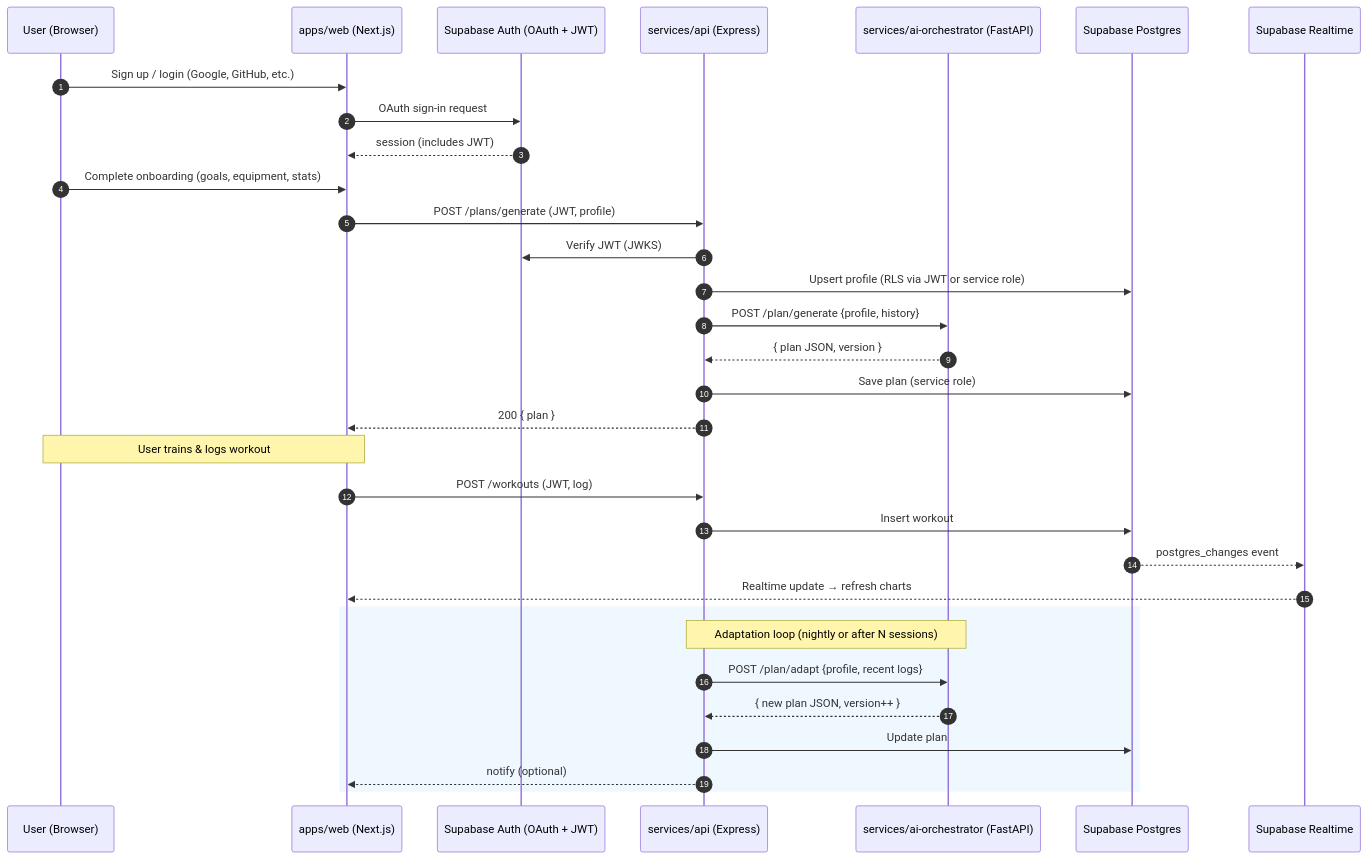
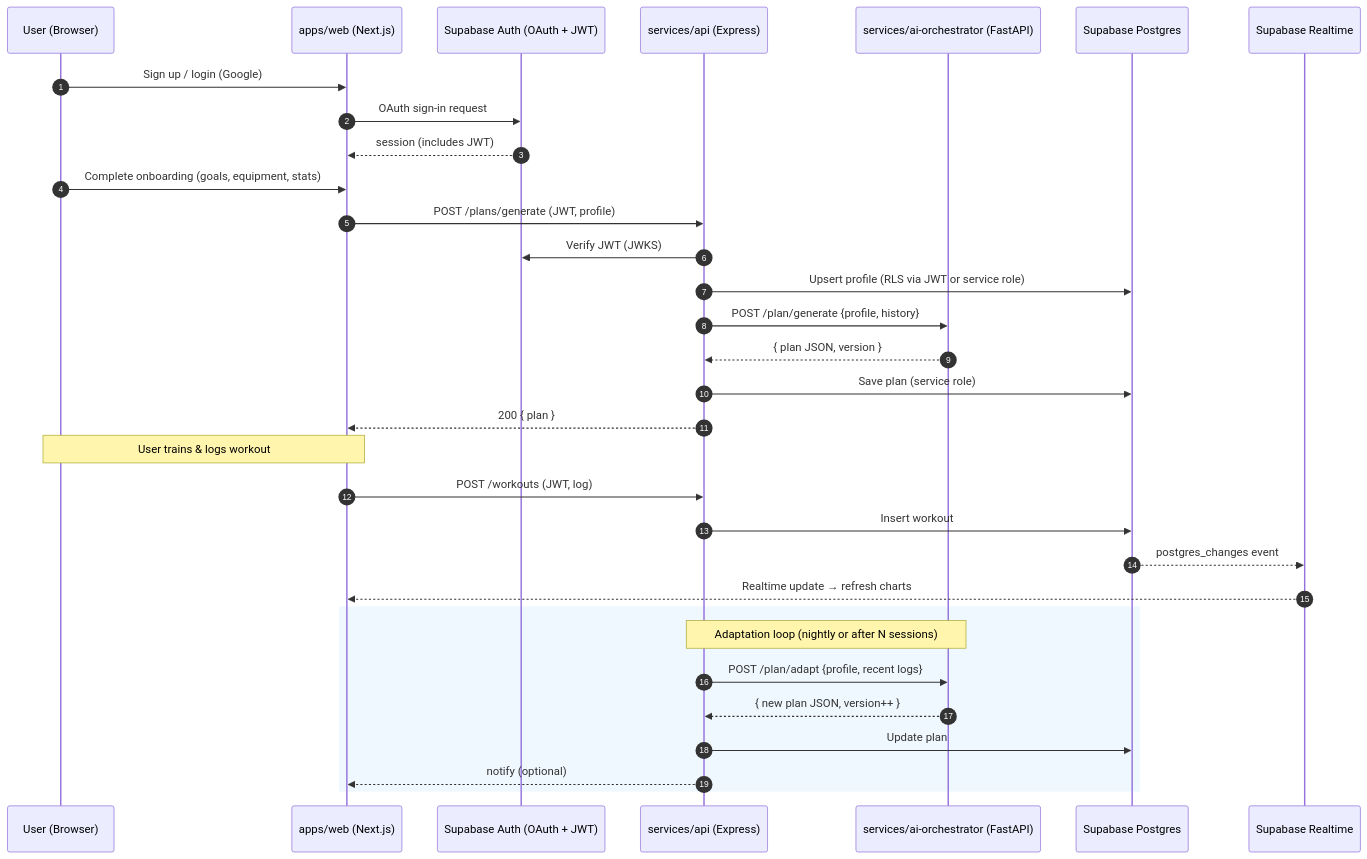
Before and after one commit to Pulse-project-300/atu-project-300: the diagram in docs/archeticture/diagrams/data-flow.md, drawn with Mermaid.

Commit message:
updating data flow diagram

````diff
--- a/docs/archeticture/diagrams/data-flow.md
+++ b/docs/archeticture/diagrams/data-flow.md
@@ -1,38 +1,38 @@
 ```mermaid
 sequenceDiagram
   autonumber
    participant U as User (Browser)
   participant Web as apps/web (Next.js)
   participant Auth as Supabase Auth (OAuth + JWT)
   participant API as services/api (Express)
   participant AI as services/ai-orchestrator (FastAPI)
   participant DB as Supabase Postgres
   participant RT as Supabase Realtime
 
-  U->>Web: Sign up / login (Google, GitHub, etc.)
+  U->>Web: Sign up / login (Google)
   Web->>Auth: OAuth sign-in request
   Auth-->>Web: session (includes JWT)
 
   U->>Web: Complete onboarding (goals, equipment, stats)
   Web->>API: POST /plans/generate (JWT, profile)
   API->>Auth: Verify JWT (JWKS)
   API->>DB: Upsert profile (RLS via JWT or service role)
   API->>AI: POST /plan/generate {profile, history}
   AI-->>API: { plan JSON, version }
   API->>DB: Save plan (service role)
   API-->>Web: 200 { plan }
 
   Note over U,Web: User trains & logs workout
   Web->>API: POST /workouts (JWT, log)
   API->>DB: Insert workout
   DB-->>RT: postgres_changes event
   RT-->>Web: Realtime update → refresh charts
 
   rect rgb(240,248,255)
   Note over API,AI: Adaptation loop (nightly or after N sessions)
   API->>AI: POST /plan/adapt {profile, recent logs}
   AI-->>API: { new plan JSON, version++ }
   API->>DB: Update plan
   API-->>Web: notify (optional)
   end
 ```
````
